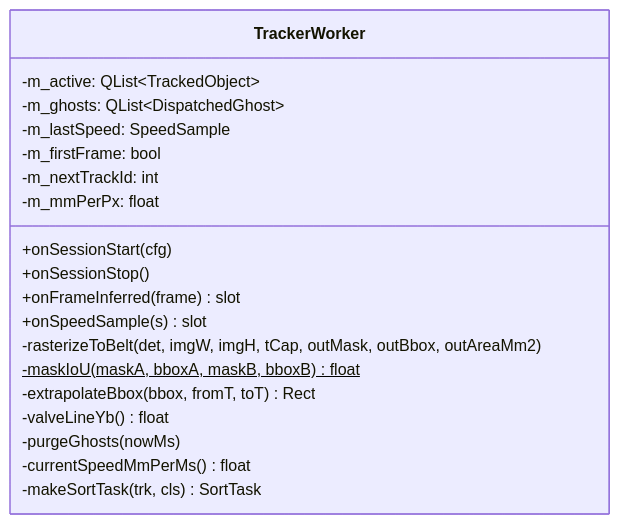
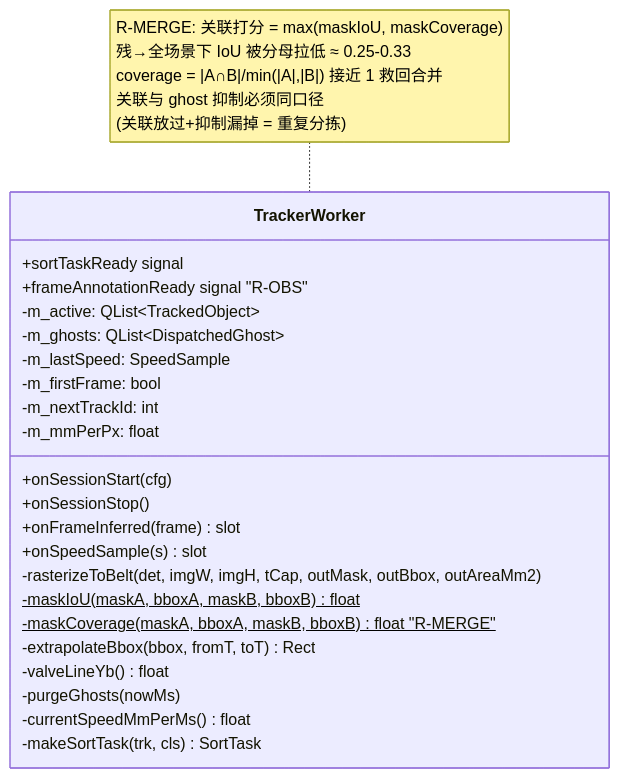
Diagram 14 of 24 in docs/architecture.md (XiChYo/QINGLV), drawn with Mermaid before and after one commit. The commit also changed other lines of this file and 3 other files, not shown here.

````diff
--- a/docs/architecture.md
+++ b/docs/architecture.md
@@ -552,22 +568,26 @@
 ```mermaid
 classDiagram
     class TrackerWorker {
         +onSessionStart(cfg)
         +onSessionStop()
         +onFrameInferred(frame) slot
         +onSpeedSample(s) slot
+        +sortTaskReady signal
+        +frameAnnotationReady signal "R-OBS"
         -rasterizeToBelt(det, imgW, imgH, tCap, outMask, outBbox, outAreaMm2)
         -maskIoU(maskA, bboxA, maskB, bboxB)$ float
+        -maskCoverage(maskA, bboxA, maskB, bboxB)$ float "R-MERGE"
         -extrapolateBbox(bbox, fromT, toT) Rect
         -valveLineYb() float
         -purgeGhosts(nowMs)
         -currentSpeedMmPerMs() float
         -makeSortTask(trk, cls) SortTask
         -m_active: QList~TrackedObject~
         -m_ghosts: QList~DispatchedGhost~
         -m_lastSpeed: SpeedSample
         -m_firstFrame: bool
         -m_nextTrackId: int
         -m_mmPerPx: float
     }
+    note for TrackerWorker "R-MERGE: 关联打分 = max(maskIoU, maskCoverage)<br/>残→全场景下 IoU 被分母拉低 ≈ 0.25-0.33<br/>coverage = |A∩B|/min(|A|,|B|) 接近 1 救回合并<br/>关联与 ghost 抑制必须同口径<br/>(关联放过+抑制漏掉 = 重复分拣)"
 ```
````
